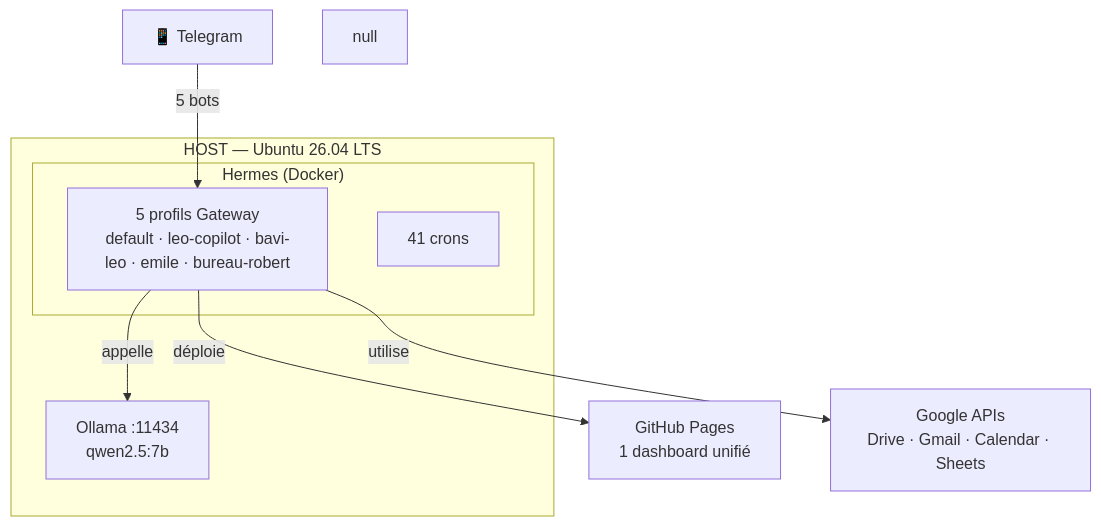
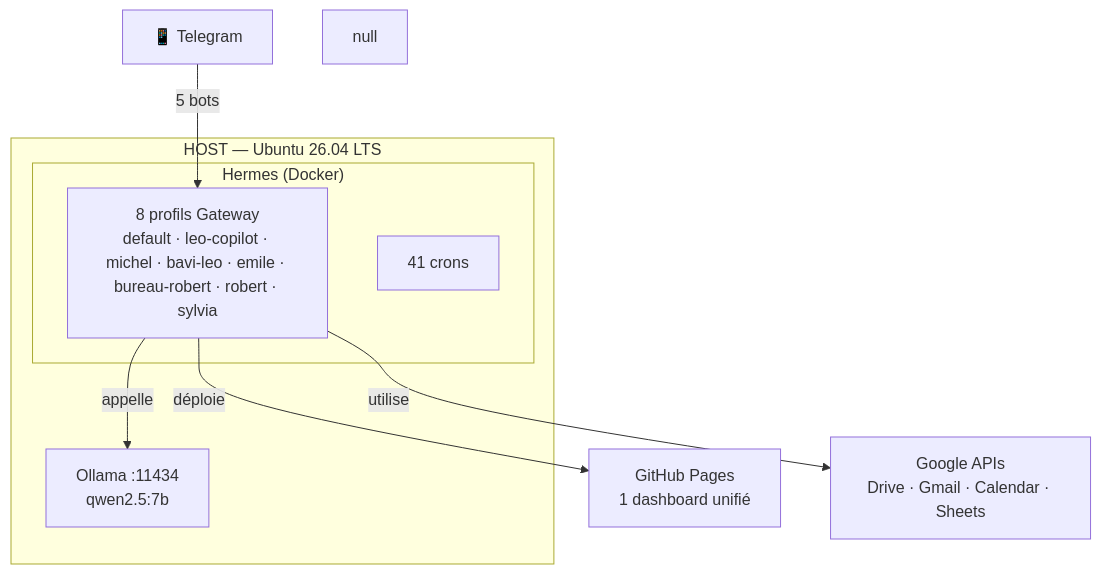
Before and after one commit to christophedanhier-hash/hermes-wiki: the diagram in docs/hermes/installation/linux.md, drawn with Mermaid. The commit also changed 17 other files, not shown here.

````diff
--- a/docs/hermes/installation/linux.md
+++ b/docs/hermes/installation/linux.md
@@ -127,16 +127,16 @@
 ```mermaid
 graph TB
     subgraph HOST["HOST — Ubuntu 26.04 LTS"]
         Ollama["Ollama :11434<br/>qwen2.5:7b"]
         subgraph Docker["Hermes (Docker)"]
-            GW["5 profils Gateway<br/>default · leo-copilot · bavi-leo · emile · bureau-robert"]
+            GW["8 profils Gateway<br/>default · leo-copilot · michel · bavi-leo · emile · bureau-robert · robert · sylvia"]
             Crons["41 crons"]
         end
     end
     
     Telegram["📱 Telegram"] -->|"5 bots"| GW
     GW -->|"déploie"| GH["GitHub Pages<br/>1 dashboard unifié"]
     GW -->|"utilise"| Google["Google APIs<br/>Drive · Gmail · Calendar · Sheets"]
     GW -->|"appelle"| Ollama
     null
 ```
````
